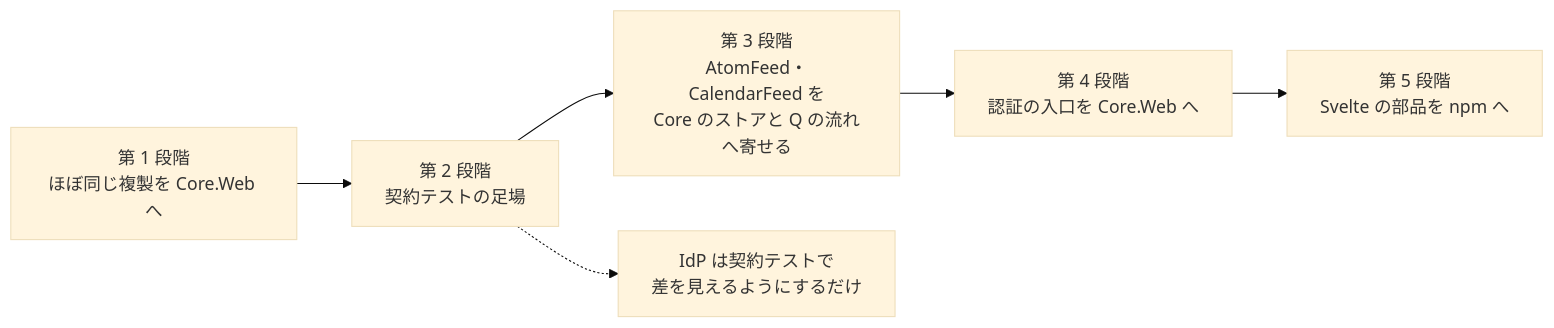
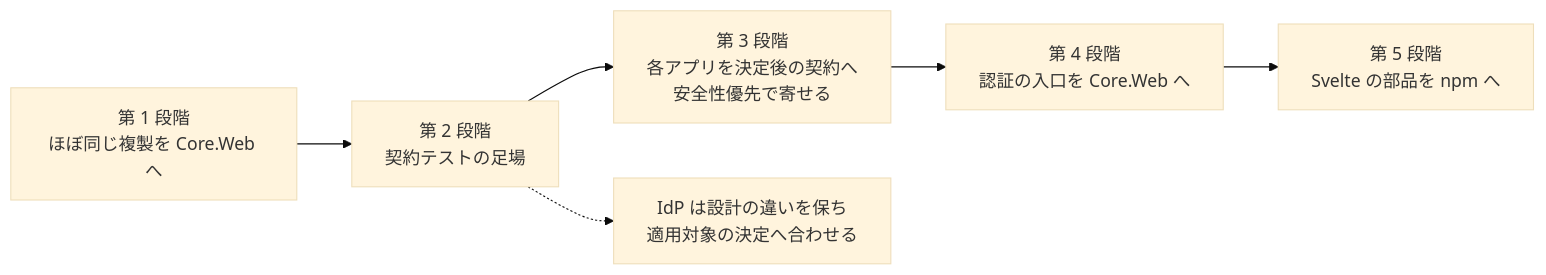
Before and after one commit to vehiclevisionjp/VehicleVision.PleasanterTools.Core: the diagram in _documents/管理画面の共通仕様/共通化の進め方の方針.md, drawn with Mermaid (base theme). The commit also changed other lines of this file and 8 other files, not shown here.

````diff
--- a/_documents/管理画面の共通仕様/共通化の進め方の方針.md
+++ b/_documents/管理画面の共通仕様/共通化の進め方の方針.md
@@ -8,8 +8,8 @@
 ```mermaid
 flowchart LR
     S1["第 1 段階<br/>ほぼ同じ複製を Core.Web へ"] --> S2["第 2 段階<br/>契約テストの足場"]
-    S2 --> S3["第 3 段階<br/>AtomFeed・CalendarFeed を<br/>Core のストアと Q の流れへ寄せる"]
+    S2 --> S3["第 3 段階<br/>各アプリを決定後の契約へ<br/>安全性優先で寄せる"]
     S3 --> S4["第 4 段階<br/>認証の入口を Core.Web へ"]
     S4 --> S5["第 5 段階<br/>Svelte の部品を npm へ"]
-    S2 -.-> IdP["IdP は契約テストで<br/>差を見えるようにするだけ"]
+    S2 -.-> IdP["IdP は設計の違いを保ち<br/>適用対象の決定へ合わせる"]
 ```
````
